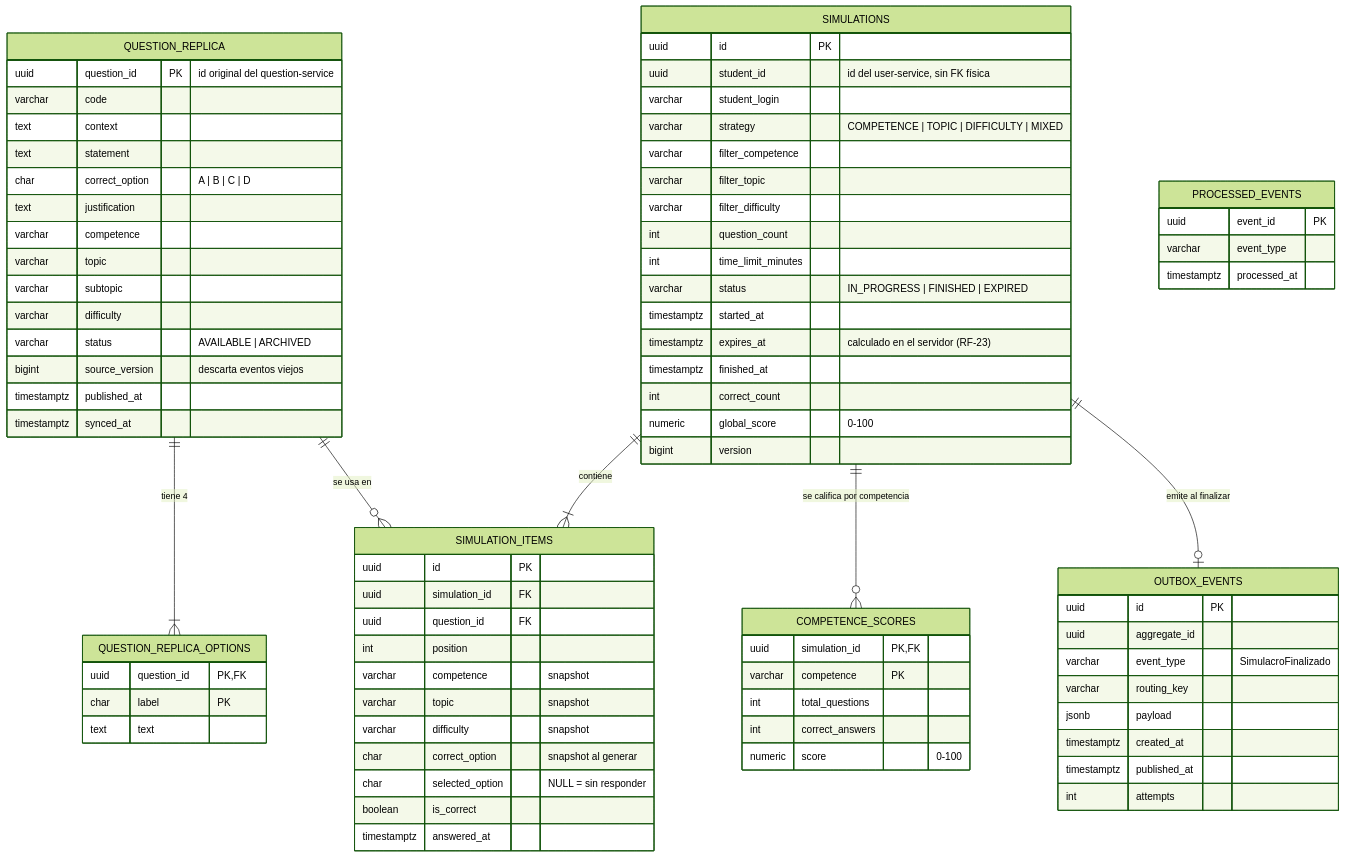
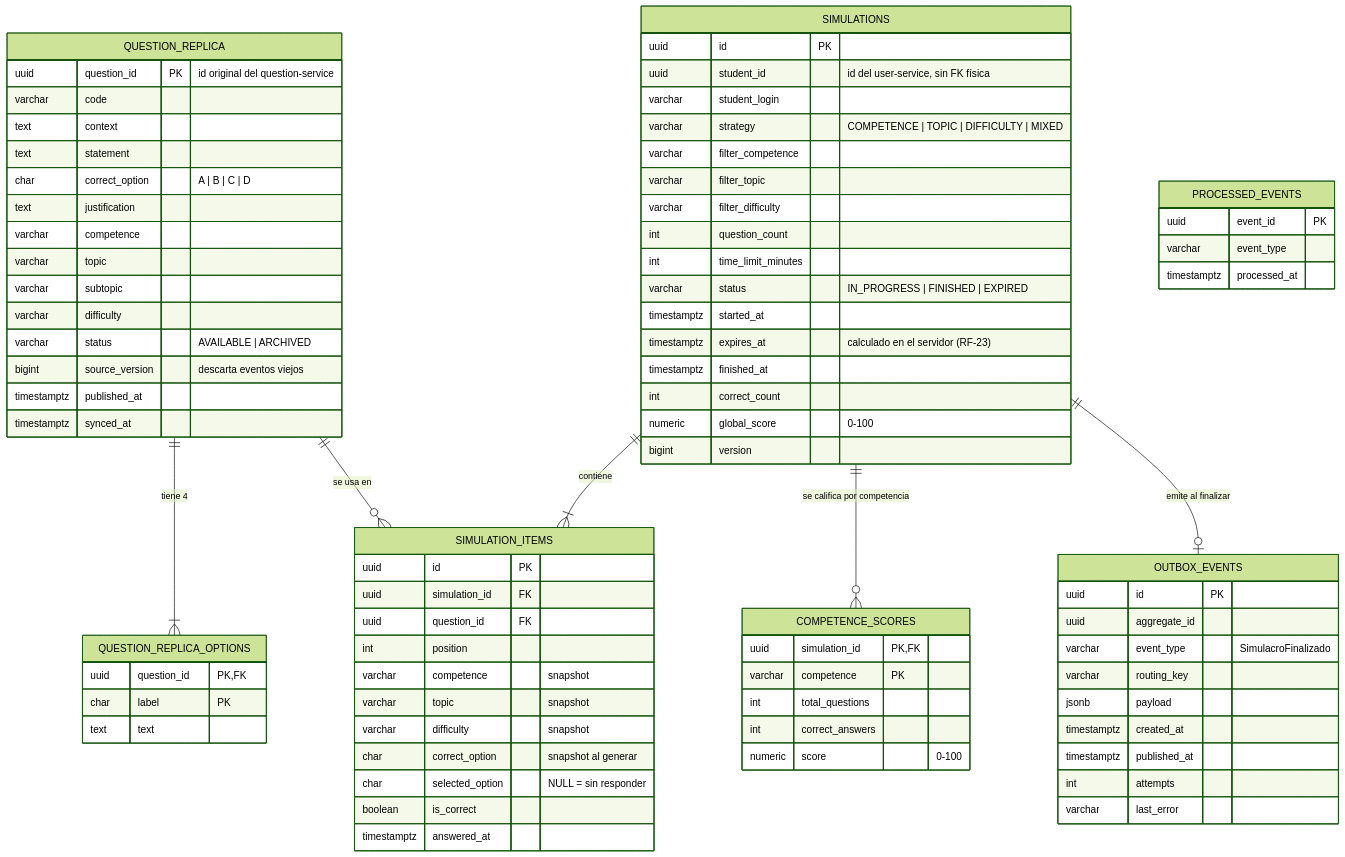
The diagram in docs/corte2/diagramas/er/er-db_simulations.mmd (eddemm-28/Proyecto-Pruebas_saber), drawn with Mermaid (forest theme) before and after one commit. The commit also changed 387 other files, not shown here.

```diff
--- a/docs/corte2/diagramas/er/er-db_simulations.mmd
+++ b/docs/corte2/diagramas/er/er-db_simulations.mmd
@@ -1,89 +1,90 @@
 erDiagram
     %% db_simulations - simulation-service (svc:simulacros, hexagonal)
 
     QUESTION_REPLICA {
         uuid question_id PK "id original del question-service"
         varchar code
         text context
         text statement
         char correct_option "A | B | C | D"
         text justification
         varchar competence
         varchar topic
         varchar subtopic
         varchar difficulty
         varchar status "AVAILABLE | ARCHIVED"
         bigint source_version "descarta eventos viejos"
         timestamptz published_at
         timestamptz synced_at
     }
 
     QUESTION_REPLICA_OPTIONS {
         uuid question_id PK, FK
         char label PK
         text text
     }
 
     SIMULATIONS {
         uuid id PK
         uuid student_id "id del user-service, sin FK física"
         varchar student_login
         varchar strategy "COMPETENCE | TOPIC | DIFFICULTY | MIXED"
         varchar filter_competence
         varchar filter_topic
         varchar filter_difficulty
         int question_count
         int time_limit_minutes
         varchar status "IN_PROGRESS | FINISHED | EXPIRED"
         timestamptz started_at
         timestamptz expires_at "calculado en el servidor (RF-23)"
         timestamptz finished_at
         int correct_count
         numeric global_score "0-100"
         bigint version
     }
 
     SIMULATION_ITEMS {
         uuid id PK
         uuid simulation_id FK
         uuid question_id FK
         int position
         varchar competence "snapshot"
         varchar topic "snapshot"
         varchar difficulty "snapshot"
         char correct_option "snapshot al generar"
         char selected_option "NULL = sin responder"
         boolean is_correct
         timestamptz answered_at
     }
 
     COMPETENCE_SCORES {
         uuid simulation_id PK, FK
         varchar competence PK
         int total_questions
         int correct_answers
         numeric score "0-100"
     }
 
     PROCESSED_EVENTS {
         uuid event_id PK
         varchar event_type
         timestamptz processed_at
     }
 
     OUTBOX_EVENTS {
         uuid id PK
         uuid aggregate_id
         varchar event_type "SimulacroFinalizado"
         varchar routing_key
         jsonb payload
         timestamptz created_at
         timestamptz published_at
         int attempts
+        varchar last_error
     }
 
     QUESTION_REPLICA ||--|{ QUESTION_REPLICA_OPTIONS : "tiene 4"
     SIMULATIONS ||--|{ SIMULATION_ITEMS : "contiene"
     QUESTION_REPLICA ||--o{ SIMULATION_ITEMS : "se usa en"
     SIMULATIONS ||--o{ COMPETENCE_SCORES : "se califica por competencia"
     SIMULATIONS ||--o| OUTBOX_EVENTS : "emite al finalizar"
```
